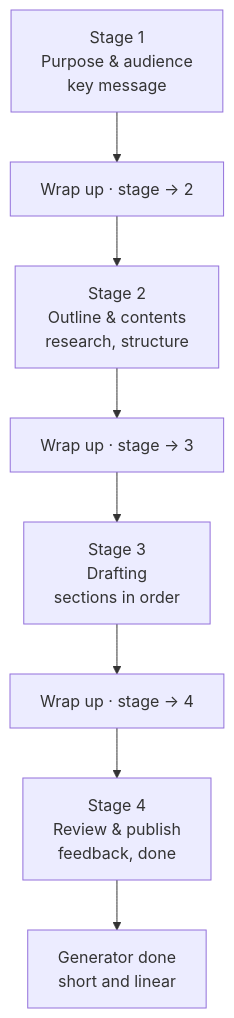
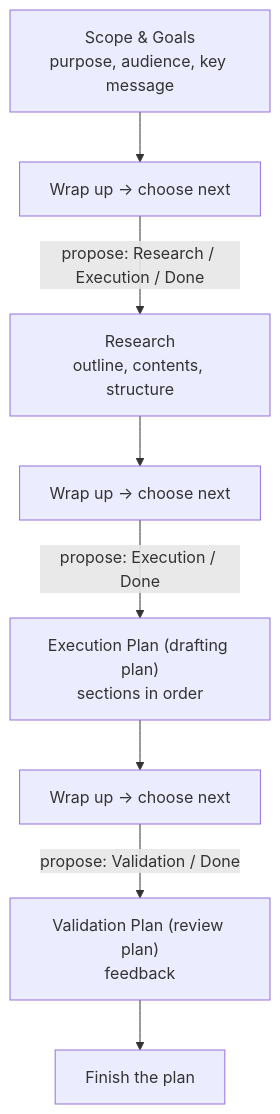
One commit to pforhan/alpha-thinker changed the second of 3 diagrams in PROJECT-FLOWS.md. Above: the diagram before and after it, drawn with Mermaid. The commit also changed other lines of this file and 3 other files, not shown here.

````diff
--- a/PROJECT-FLOWS.md
+++ b/PROJECT-FLOWS.md
@@ -52,10 +106,10 @@
 ```mermaid
 flowchart TD
-  D1["Stage 1<br/>Purpose & audience<br/>key message"] --> DW1["Wrap up · stage → 2"]
-  DW1 --> D2["Stage 2<br/>Outline & contents<br/>research, structure"]
-  D2 --> DW2["Wrap up · stage → 3"]
-  DW2 --> D3["Stage 3<br/>Drafting<br/>sections in order"]
-  D3 --> DW3["Wrap up · stage → 4"]
-  DW3 --> D4["Stage 4<br/>Review & publish<br/>feedback, done"]
-  D4 --> DEND["Generator done<br/>short and linear"]
+  D1["Scope & Goals<br/>purpose, audience, key message"] --> DW1["Wrap up → choose next"]
+  DW1 -->|"propose: Research / Execution / Done"| D2["Research<br/>outline, contents, structure"]
+  D2 --> DW2["Wrap up → choose next"]
+  DW2 -->|"propose: Execution / Done"| D3["Execution Plan (drafting plan)<br/>sections in order"]
+  D3 --> DW3["Wrap up → choose next"]
+  DW3 -->|"propose: Validation / Done"| D4["Validation Plan (review plan)<br/>feedback"]
+  D4 --> DE["Finish the plan"]
 ```
````
